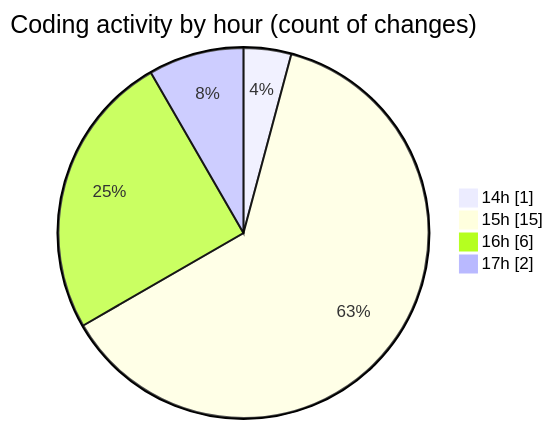
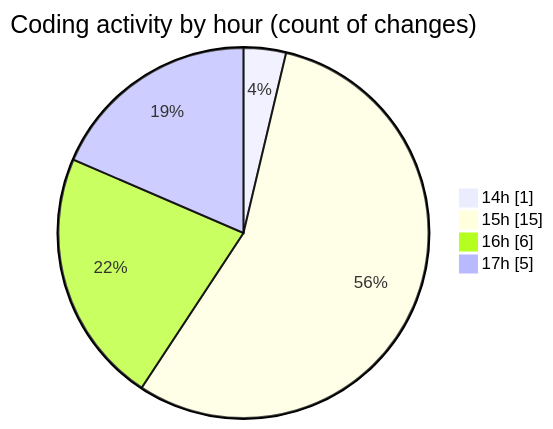
The second of 2 diagrams in 2026-07-01/wp-content/README.md (debugP/code-tracking), drawn with Mermaid before and after one commit. The commit also changed other lines of this file and 1 other file, not shown here.

````diff
--- a/2026-07-01/wp-content/README.md
+++ b/2026-07-01/wp-content/README.md
@@ -42,8 +45,8 @@
 ```mermaid
 pie showData
 title Coding activity by hour (count of changes)
 "14h" : 1
 "15h" : 15
 "16h" : 6
-"17h" : 2
+"17h" : 5
 ```
````
